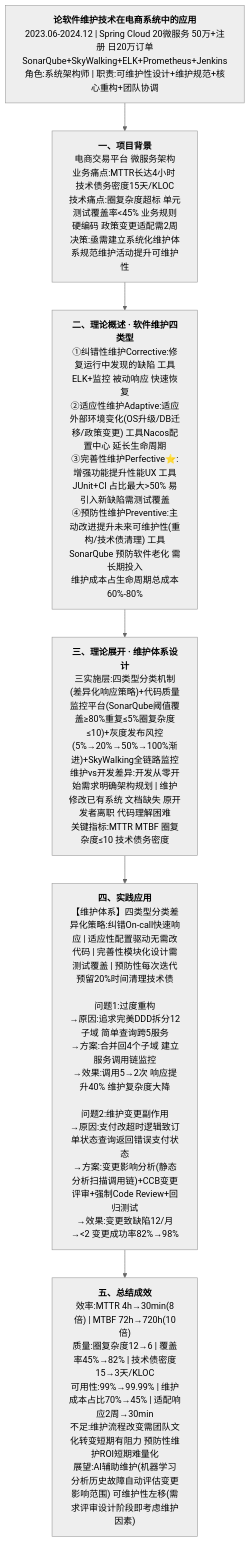
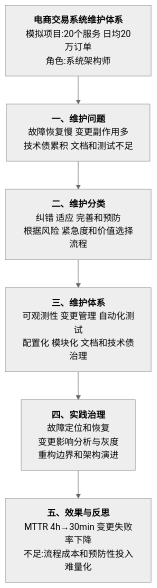
Before and after one commit to EdgarLQS/SoftwareArchitectureExamGuide: the first of 4 diagrams in 02-论文专题/0008-软件维护/00-大纲记忆卡.md, drawn with Mermaid (neutral theme). The commit also changed other lines of this file, not shown here.

````diff
--- a/02-论文专题/0008-软件维护/00-大纲记忆卡.md
+++ b/02-论文专题/0008-软件维护/00-大纲记忆卡.md
@@ -11,14 +24,9 @@
 ```mermaid
 graph TD
-    ROOT["<b>论软件维护技术在电商系统中的应用</b><br/>2023.06-2024.12 | Spring Cloud 20微服务 50万+注册 日20万订单<br/>SonarQube+SkyWalking+ELK+Prometheus+Jenkins<br/>角色:系统架构师 | 职责:可维护性设计+维护规范+核心重构+团队协调"]
-
-    ROOT --> P1["<b>一、项目背景</b><br/>电商交易平台 微服务架构<br/>业务痛点:MTTR长达4小时 技术债务密度15天/KLOC<br/>技术痛点:圈复杂度超标 单元测试覆盖率<45% 业务规则硬编码 政策变更适配需2周<br/>决策:亟需建立系统化维护体系规范维护活动提升可维护性"]
-
-    P1 --> P2["<b>二、理论概述 · 软件维护四类型</b><br/>①纠错性维护Corrective:修复运行中发现的缺陷 工具ELK+监控 被动响应 快速恢复<br/>②适应性维护Adaptive:适应外部环境变化(OS升级/DB迁移/政策变更) 工具Nacos配置中心 延长生命周期<br/>③完善性维护Perfective⭐:增强功能提升性能UX 工具JUnit+CI 占比最大>50% 易引入新缺陷需测试覆盖<br/>④预防性维护Preventive:主动改进提升未来可维护性(重构/技术债清理) 工具SonarQube 预防软件老化 需长期投入<br/>维护成本占生命周期总成本60%-80%"]
-
-    P2 --> P3["<b>三、理论展开 · 维护体系设计</b><br/>三实施层:四类型分类机制(差异化响应策略)+代码质量监控平台(SonarQube阈值覆盖≥80%重复≤5%圈复杂度≤10)+灰度发布风控(5%→20%→50%→100%渐进)+SkyWalking全链路监控<br/>维护vs开发差异:开发从零开始需求明确架构规划 | 维护修改已有系统 文档缺失 原开发者离职 代码理解困难<br/>关键指标:MTTR MTBF 圈复杂度≤10 技术债务密度"]
-
-    P3 --> P4["<b>四、实践应用</b><br/>【维护体系】四类型分类差异化策略:纠错On-call快速响应 | 适应性配置驱动无需改代码 | 完善性模块化设计需测试覆盖 | 预防性每次迭代预留20%时间清理技术债<br/><br/>问题1:过度重构<br/>→原因:追求完美DDD拆分12子域 简单查询跨5服务<br/>→方案:合并回4个子域 建立服务调用链监控<br/>→效果:调用5→2次 响应提升40% 维护复杂度大降<br/><br/>问题2:维护变更副作用<br/>→原因:支付改超时逻辑致订单状态查询返回错误支付状态<br/>→方案:变更影响分析(静态分析扫描调用链)+CCB变更评审+强制Code Review+回归测试<br/>→效果:变更致缺陷12/月→<2 变更成功率82%→98%"]
-
-    P4 --> P5["<b>五、总结成效</b><br/>效率:MTTR 4h→30min(8倍) | MTBF 72h→720h(10倍)<br/>质量:圈复杂度12→6 | 覆盖率45%→82% | 技术债密度15→3天/KLOC<br/>可用性:99%→99.99% | 维护成本占比70%→45% | 适配响应2周→30min<br/>不足:维护流程改变需团队文化转变短期有阻力 预防性维护ROI短期难量化<br/>展望:AI辅助维护(机器学习分析历史故障自动评估变更影响范围) 可维护性左移(需求评审设计阶段即考虑维护因素)"]
+    ROOT["<b>电商交易系统维护体系</b><br/>模拟项目:20个服务 日均20万订单<br/>角色:系统架构师"]
+    ROOT --> P1["<b>一、维护问题</b><br/>故障恢复慢 变更副作用多<br/>技术债累积 文档和测试不足"]
+    P1 --> P2["<b>二、维护分类</b><br/>纠错 适应 完善和预防<br/>根据风险 紧急度和价值选择流程"]
+    P2 --> P3["<b>三、维护体系</b><br/>可观测性 变更管理 自动化测试<br/>配置化 模块化 文档和技术债治理"]
+    P3 --> P4["<b>四、实践治理</b><br/>故障定位和恢复<br/>变更影响分析与灰度<br/>重构边界和架构演进"]
+    P4 --> P5["<b>五、效果与反思</b><br/>MTTR 4h→30min 变更失败率下降<br/>不足:流程成本和预防性投入难量化"]
 ```
````
